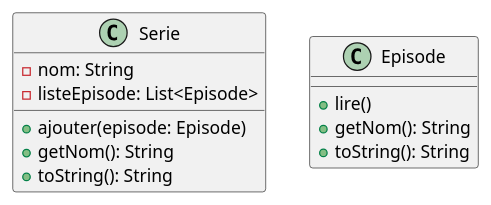
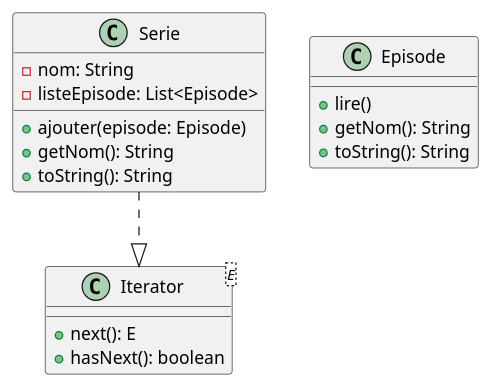
Before and after one commit to jandry/design-pattern: the diagram in src/uml/iterator.puml, drawn with PlantUML. The commit also changed 2 other files, not shown here.

```diff
--- a/src/uml/iterator.puml
+++ b/src/uml/iterator.puml
@@ -1,17 +1,24 @@
 @startuml Iterator
 
 class Serie {
     - nom: String
     - listeEpisode: List<Episode>
     + ajouter(episode: Episode)
     + getNom(): String
     + toString(): String
 }
 
 class Episode {
     + lire()
     + getNom(): String
     + toString(): String
 }
 
+class Iterator<E> {
+    + next(): E
+    + hasNext(): boolean
+}
+
+Serie..|>Iterator
+
 @enduml
```
